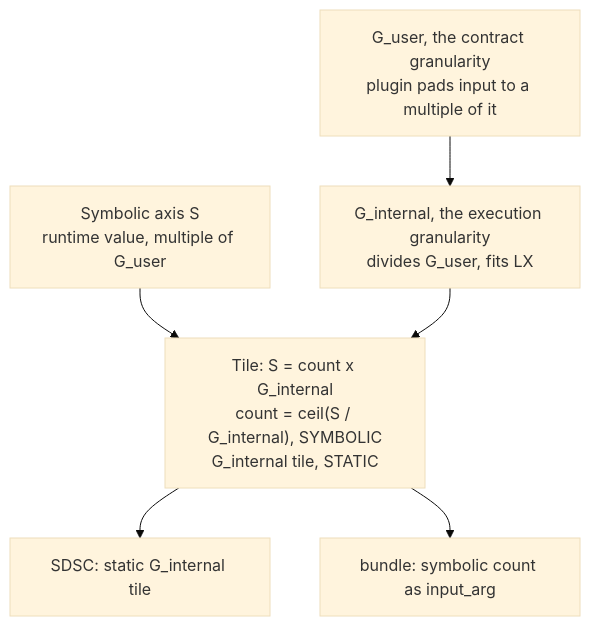
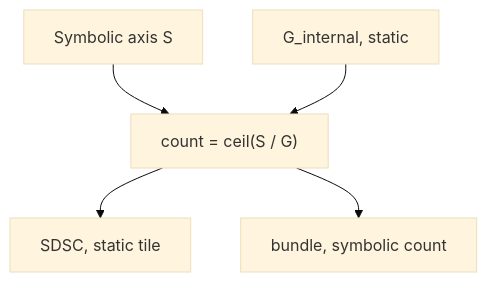
One commit to Vivek1258/torch-spyre changed the fifth of 8 diagrams in docs/source/architecture/Symbolic_Shapes_HLD.md. Above: the diagram before and after it, drawn with Mermaid (base theme). The commit also changed other lines of this file, not shown here.

````diff
--- a/docs/source/architecture/Symbolic_Shapes_HLD.md
+++ b/docs/source/architecture/Symbolic_Shapes_HLD.md
@@ -167,11 +282,10 @@
 ```mermaid
 flowchart TB
-  s["Symbolic axis S<br/>runtime value, multiple of G_user"]
-  gu["G_user, the contract granularity<br/>plugin pads input to a multiple of it"]
-  gi["G_internal, the execution granularity<br/>divides G_user, fits LX"]
-  tile["Tile: S = count x G_internal<br/>count = ceil(S / G_internal), SYMBOLIC<br/>G_internal tile, STATIC"]
+  s["Symbolic axis S"]
+  gi["G_internal, static"]
+  tile["count = ceil(S / G)"]
   s --> tile
-  gu --> gi --> tile
-  tile --> sdsc["SDSC: static G_internal tile"]
-  tile --> bundle["bundle: symbolic count as input_arg"]
+  gi --> tile
+  tile --> sdsc["SDSC, static tile"]
+  tile --> bundle["bundle, symbolic count"]
 ```
````
